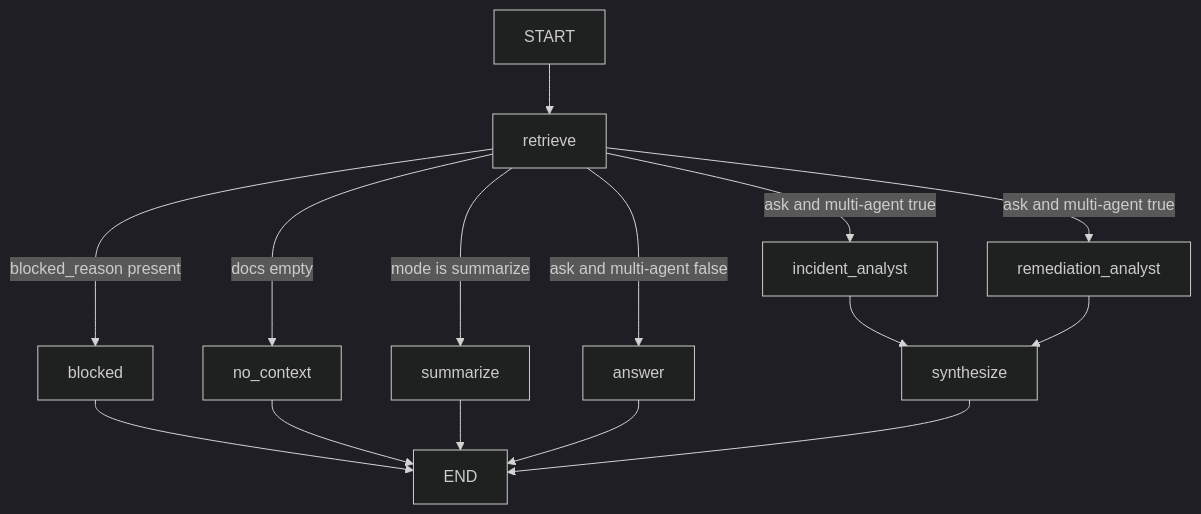
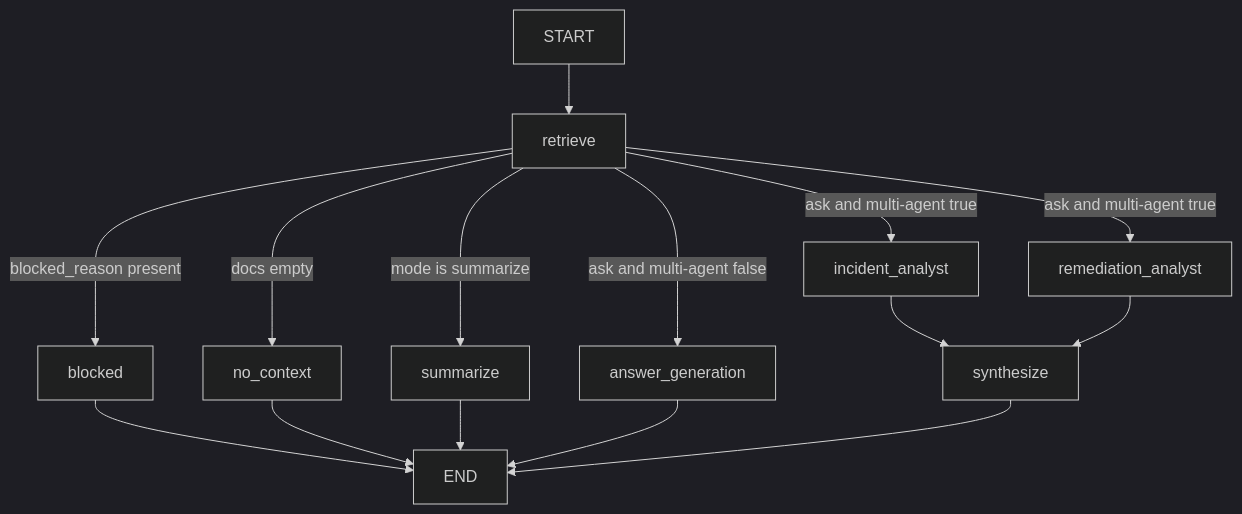
One commit to krishshah122/RealTimerag changed the second of 3 diagrams in docs/retrieval.md. Above: the diagram before and after it, drawn with Mermaid (dark theme). The commit also changed other lines of this file and 14 other files, not shown here.

````diff
--- a/docs/retrieval.md
+++ b/docs/retrieval.md
@@ -130,17 +130,17 @@
 ```mermaid
 flowchart TD
     START --> retrieve
     retrieve -->|blocked_reason present| blocked
     retrieve -->|docs empty| no_context
     retrieve -->|mode is summarize| summarize
-    retrieve -->|ask and multi-agent false| answer
+    retrieve -->|ask and multi-agent false| answer_generation
     retrieve -->|ask and multi-agent true| incident_analyst
     retrieve -->|ask and multi-agent true| remediation_analyst
     incident_analyst --> synthesize
     remediation_analyst --> synthesize
     blocked --> END
     no_context --> END
     summarize --> END
-    answer --> END
+    answer_generation --> END
     synthesize --> END
 ```
````
